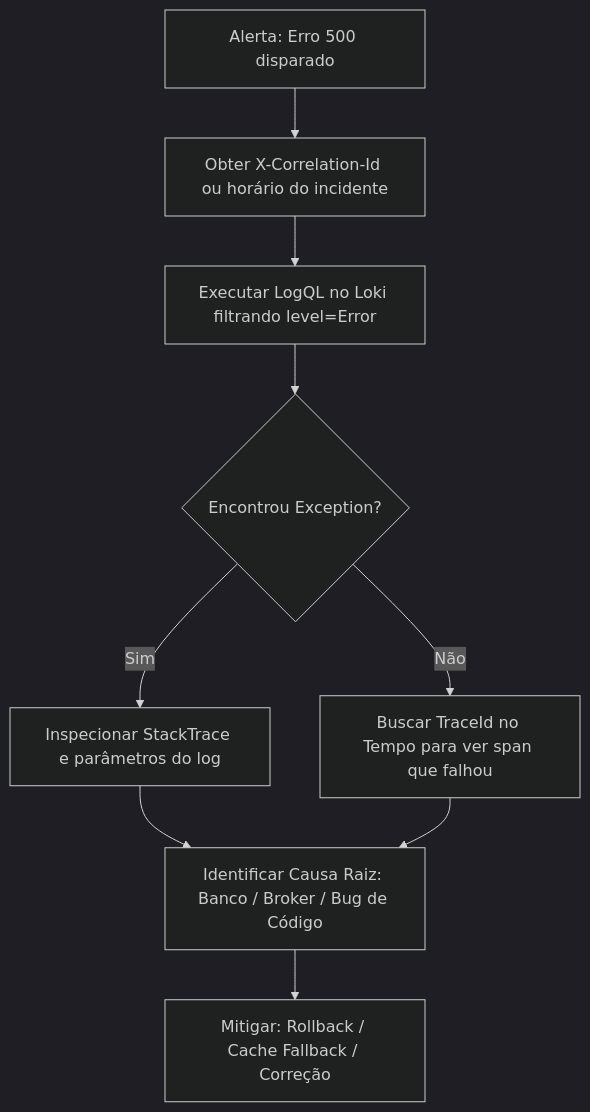
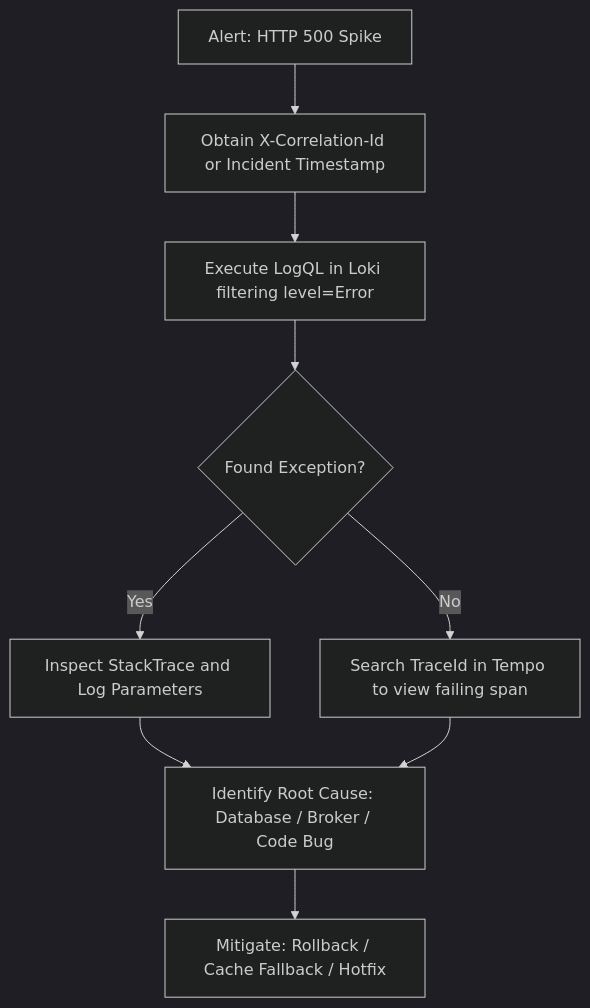
One commit to poferrari/agentic-pipeline-lab changed the diagram in docs/sre/INCIDENT_INVESTIGATION_RUNBOOK.md. Above: the diagram before and after it, drawn with Mermaid (dark theme). The commit also changed other lines of this file and 30 other files, not shown here.

````diff
--- a/docs/sre/INCIDENT_INVESTIGATION_RUNBOOK.md
+++ b/docs/sre/INCIDENT_INVESTIGATION_RUNBOOK.md
@@ -148,11 +148,11 @@
 ```mermaid
 flowchart TD
-    A[Alerta: Erro 500 disparado] --> B[Obter X-Correlation-Id ou horário do incidente]
-    B --> C[Executar LogQL no Loki filtrando level=Error]
-    C --> D{Encontrou Exception?}
-    D -- Sim --> E[Inspecionar StackTrace e parâmetros do log]
-    D -- Não --> F[Buscar TraceId no Tempo para ver span que falhou]
-    E --> G[Identificar Causa Raiz: Banco / Broker / Bug de Código]
+    A[Alert: HTTP 500 Spike] --> B[Obtain X-Correlation-Id or Incident Timestamp]
+    B --> C[Execute LogQL in Loki filtering level=Error]
+    C --> D{Found Exception?}
+    D -- Yes --> E[Inspect StackTrace and Log Parameters]
+    D -- No --> F[Search TraceId in Tempo to view failing span]
+    E --> G[Identify Root Cause: Database / Broker / Code Bug]
     F --> G
-    G --> H[Mitigar: Rollback / Cache Fallback / Correção]
+    G --> H[Mitigate: Rollback / Cache Fallback / Hotfix]
 ```
````
